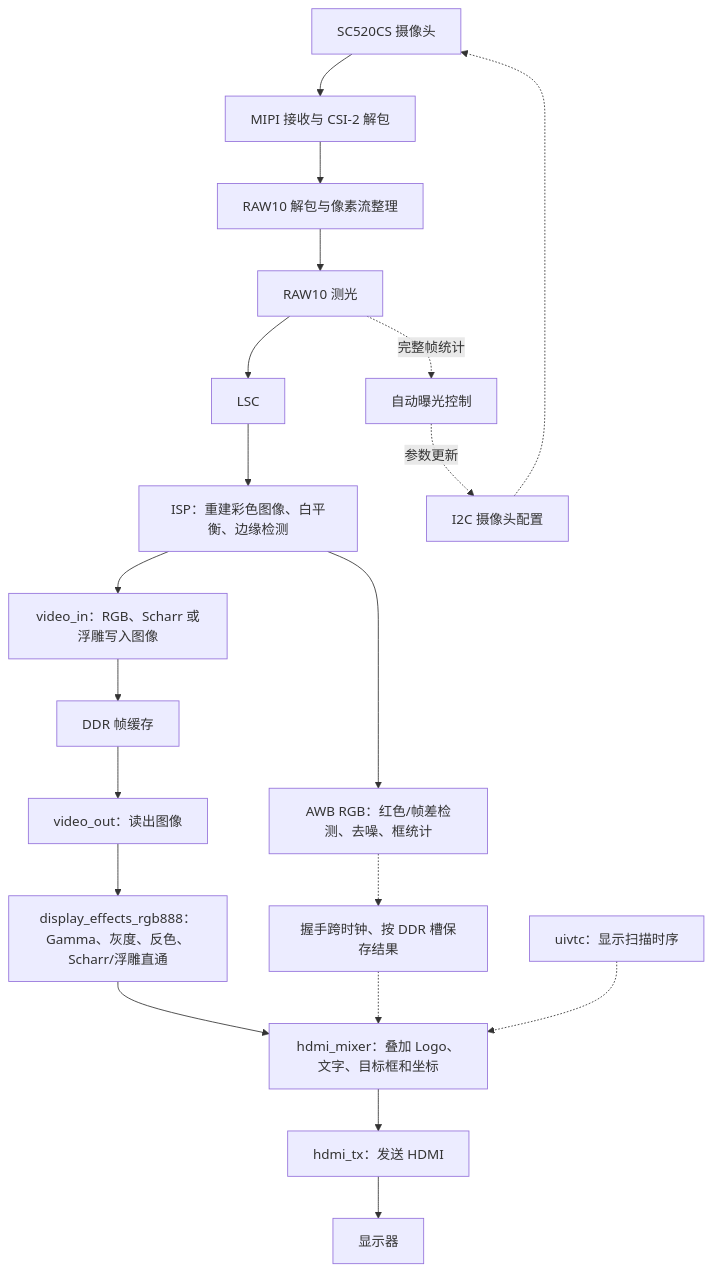
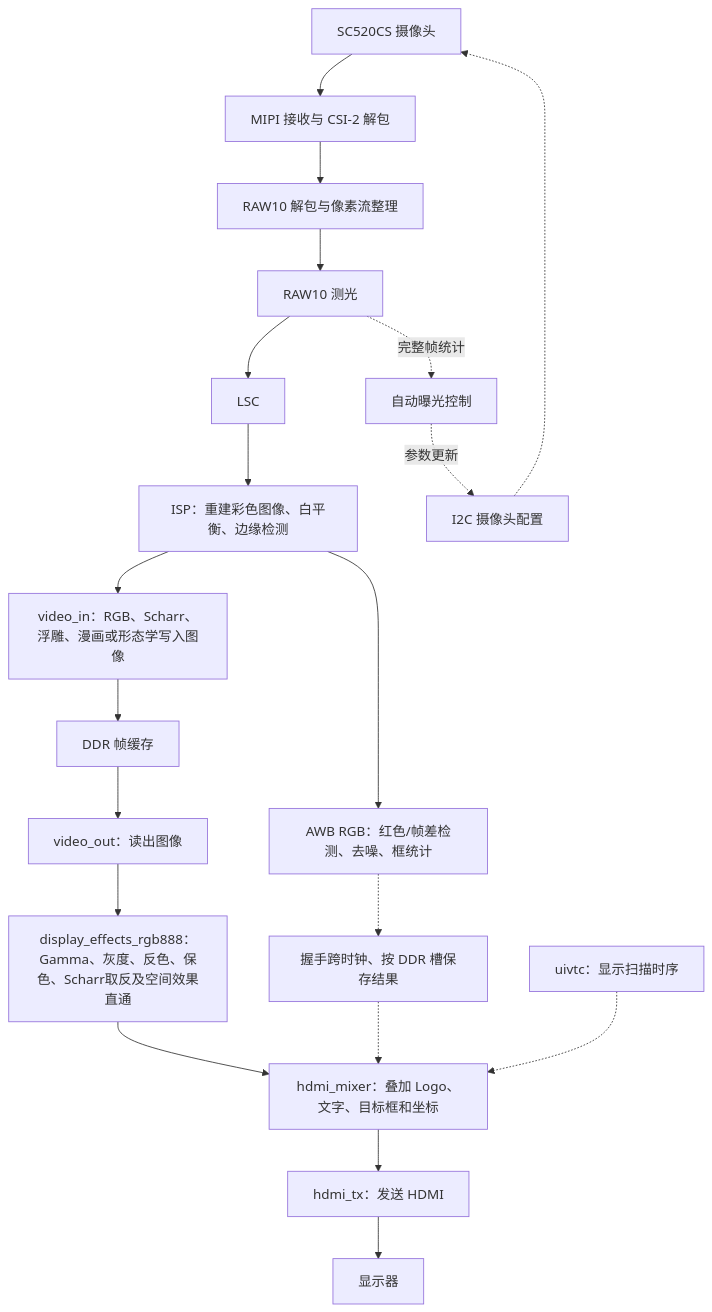
Before and after one commit to zhixiabei/FPGA-competition: the diagram in docs/CODE_MAP.md, drawn with Mermaid. The commit also changed other lines of this file and 22 other files, not shown here.

````diff
--- a/docs/CODE_MAP.md
+++ b/docs/CODE_MAP.md
@@ -223,22 +238,22 @@
 ```mermaid
 flowchart TD
     CAM[SC520CS 摄像头] --> RX[MIPI 接收与 CSI-2 解包]
     RX --> RAW[RAW10 解包与像素流整理]
     RAW --> AESTATS[RAW10 测光]
     AESTATS --> LSC[LSC]
     LSC --> ISP[ISP：重建彩色图像、白平衡、边缘检测]
     AESTATS -. 完整帧统计 .-> AE[自动曝光控制]
     AE -. 参数更新 .-> CFG
     ISP --> DET[AWB RGB：红色/帧差检测、去噪、框统计]
-    ISP --> VIN[video_in：RGB、Scharr 或浮雕写入图像]
+    ISP --> VIN[video_in：RGB、Scharr、浮雕、漫画或形态学写入图像]
     VIN --> MEM[DDR 帧缓存]
     MEM --> VOUT[video_out：读出图像]
-    VOUT --> TONE[display_effects_rgb888：Gamma、灰度、反色、Scharr/浮雕直通]
+    VOUT --> TONE[display_effects_rgb888：Gamma、灰度、反色、保色、Scharr取反及空间效果直通]
     TONE --> OSD[hdmi_mixer：叠加 Logo、文字、目标框和坐标]
     DET -.-> META[握手跨时钟、按 DDR 槽保存结果]
     META -.-> OSD
     OSD --> TX[hdmi_tx：发送 HDMI]
     TX --> MON[显示器]
     CFG[I2C 摄像头配置] -.-> CAM
     VTC[uivtc：显示扫描时序] -.-> OSD
 ```
````
